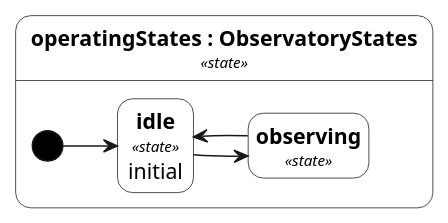
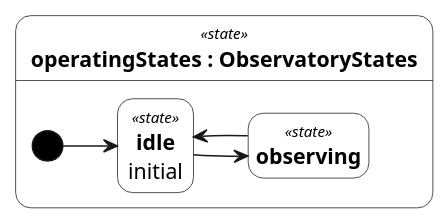
The second of 2 diagrams in internal/doc/docrender/testdata/telescope_report.plantuml.golden.md (Open-MBEE/OpenSysML), drawn with PlantUML before and after one commit. The commit also changed other lines of this file and 80 other files, not shown here.

First line of the commit message:
fix(view): head every node with its kind above the name and centre Mermaid subgraph titles

````diff
--- a/internal/doc/docrender/testdata/telescope_report.plantuml.golden.md
+++ b/internal/doc/docrender/testdata/telescope_report.plantuml.golden.md
@@ -140,54 +140,54 @@
 ```plantuml
 @startuml
 ' state rendering (the diagram states kind "state")
 <style>
 root {
   BackGroundColor white
   FontName SansSerif
   FontSize 14
   FontColor black
   LineColor #181818
   HorizontalAlignment left
 }
 element {
   BackGroundColor white
   LineColor #181818
   LineThickness 0.5
   RoundCorner 0
   Shadowing 0.0
 }
 start, end, activityBar {
   BackGroundColor black
 }
 arrow {
   LineColor #181818
   LineThickness 1
   FontSize 13
 }
 note {
   BackGroundColor #FEFFDD
   FontSize 13
 }
 .usage {
   RoundCorner 20
 }
 .package {
   LineThickness 1.5
 }
 .region {
   LineStyle 4
 }
 </style>
 skinparam wrapWidth 300
 hide stereotype
 left to right direction
 hide empty description
-state "**operatingStates : ObservatoryStates**\n<size:10>//«state»//</size>" as n0 <<state>> <<usage>> {
-  state "**idle**\n<size:10>//«state»//</size>\ninitial" as n1 <<state>> <<usage>>
-  state "**observing**\n<size:10>//«state»//</size>" as n2 <<state>> <<usage>>
+state "<size:10>//«state»//</size>\n**operatingStates : ObservatoryStates**" as n0 <<state>> <<usage>> {
+  state "<size:10>//«state»//</size>\n**idle**\ninitial" as n1 <<state>> <<usage>>
+  state "<size:10>//«state»//</size>\n**observing**" as n2 <<state>> <<usage>>
   [*] --> n1
 }
 n1 --> n2
 n2 --> n1
 @enduml
 ```
````
